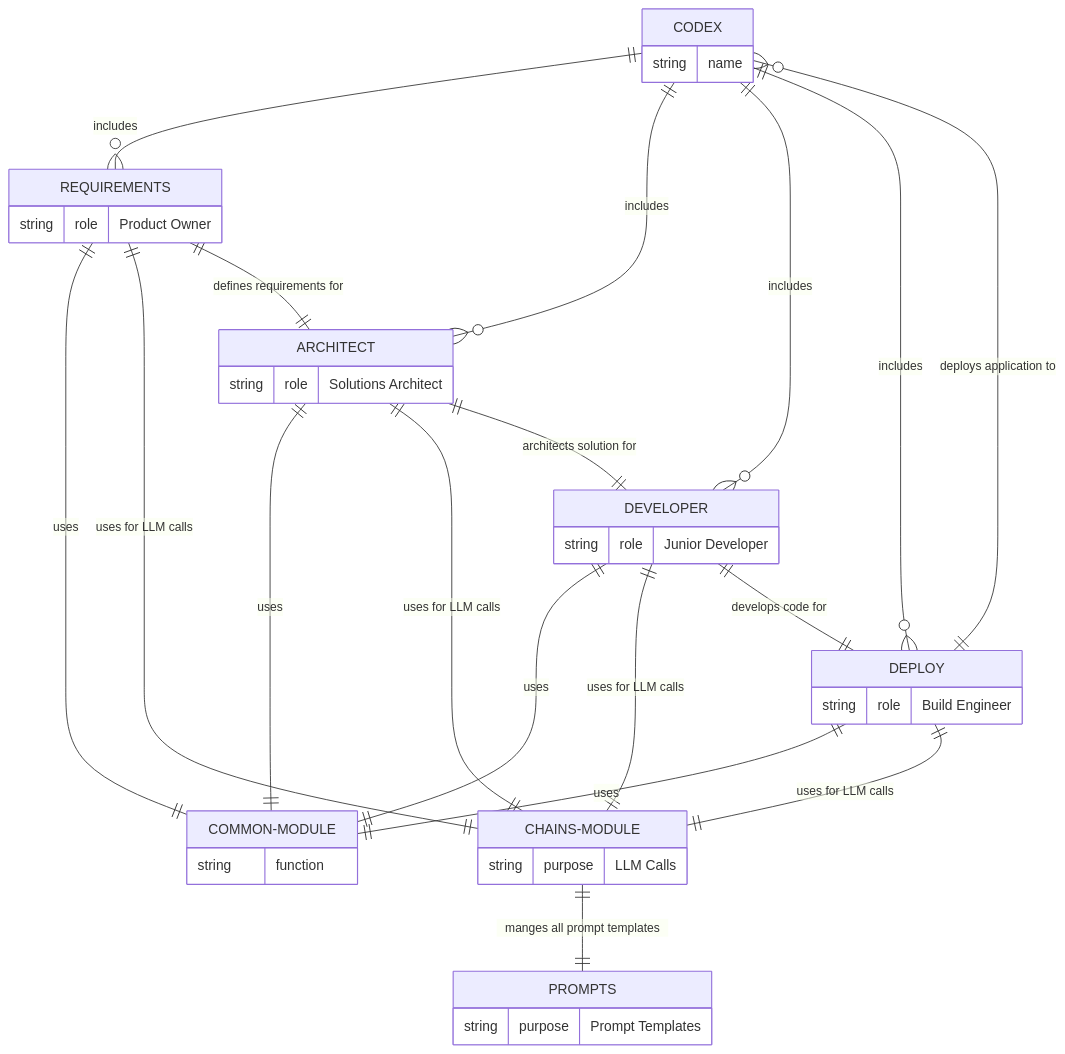
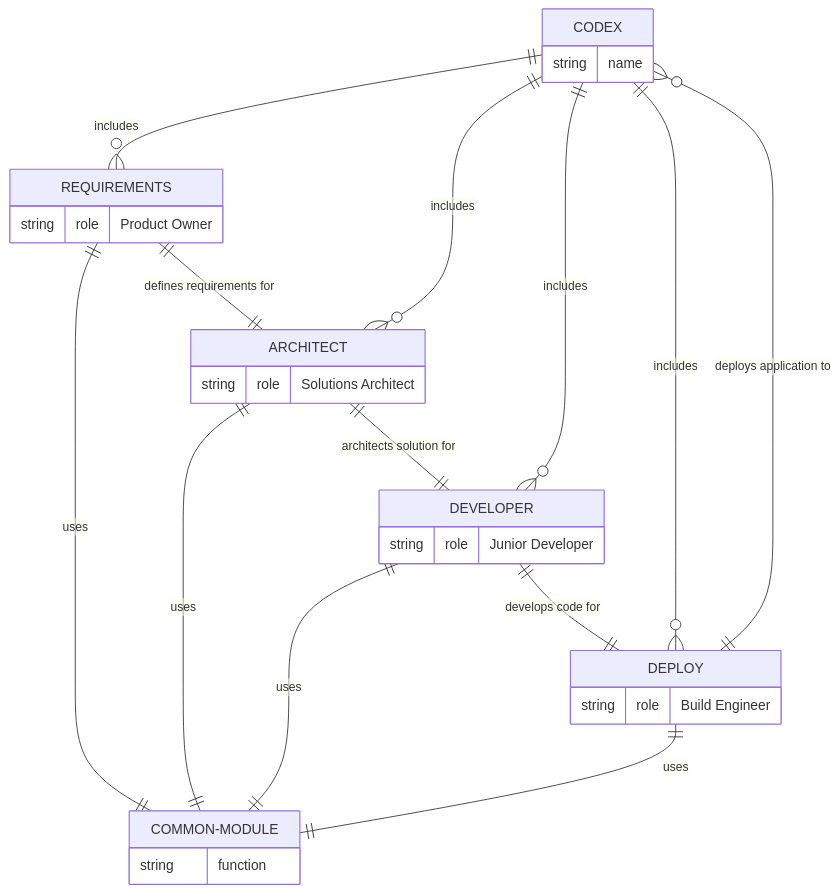
One commit to Significant-Gravitas/AutoGPT-Code-Ability changed the first of 4 diagrams in README.md. Above: the diagram before and after it, drawn with Mermaid. The commit also changed other lines of this file, not shown here.

````diff
--- a/README.md
+++ b/README.md
@@ -31,46 +116,35 @@
 ```mermaid
 erDiagram
     CODEX ||--o{ REQUIREMENTS : includes
     CODEX ||--o{ ARCHITECT : includes
     CODEX ||--o{ DEVELOPER : includes
     CODEX ||--o{ DEPLOY : includes
     REQUIREMENTS ||--|| COMMON-MODULE : uses
     ARCHITECT ||--|| COMMON-MODULE : uses
     DEVELOPER ||--|| COMMON-MODULE : uses
     DEPLOY ||--|| COMMON-MODULE : uses
-    REQUIREMENTS ||--|| CHAINS-MODULE : "uses for LLM calls"
-    ARCHITECT ||--|| CHAINS-MODULE : "uses for LLM calls"
-    DEVELOPER ||--|| CHAINS-MODULE : "uses for LLM calls"
-    DEPLOY ||--|| CHAINS-MODULE : "uses for LLM calls"
     REQUIREMENTS ||--|| ARCHITECT : "defines requirements for"
     ARCHITECT ||--|| DEVELOPER : "architects solution for"
     DEVELOPER ||--|| DEPLOY : "develops code for"
     DEPLOY ||--o{ CODEX : "deploys application to"
-    CHAINS-MODULE ||--|| PROMPTS : "manges all prompt templates"
 
     CODEX {
         string name
     }
     REQUIREMENTS {
         string role "Product Owner"
     }
     ARCHITECT {
         string role "Solutions Architect"
     }
     DEVELOPER {
         string role "Junior Developer"
     }
     DEPLOY {
         string role "Build Engineer"
     }
     COMMON-MODULE {
         string function
     }
-    CHAINS-MODULE {
-        string purpose "LLM Calls"
-    }
-    PROMPTS {
-        string purpose "Prompt Templates"
-    }
 
 ```
````
